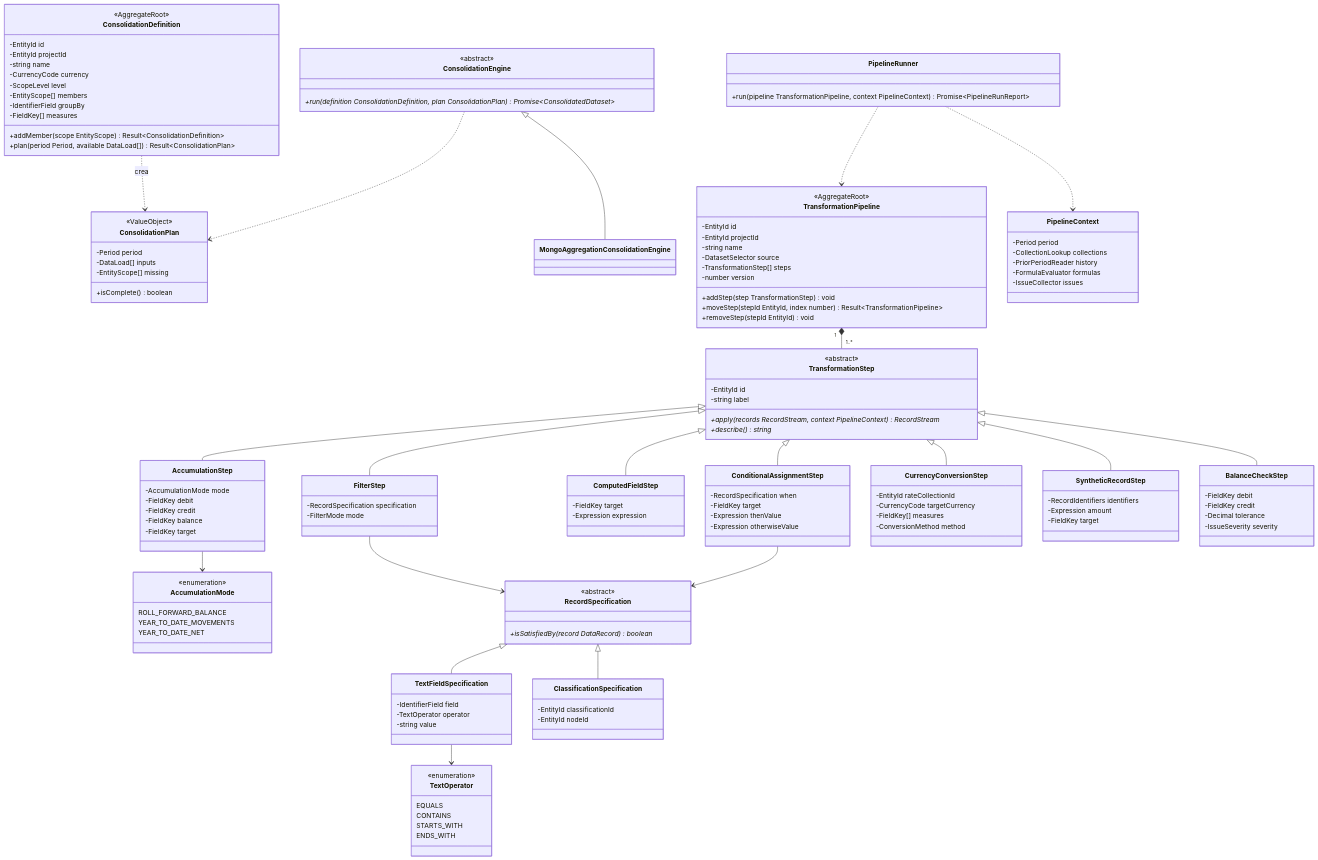
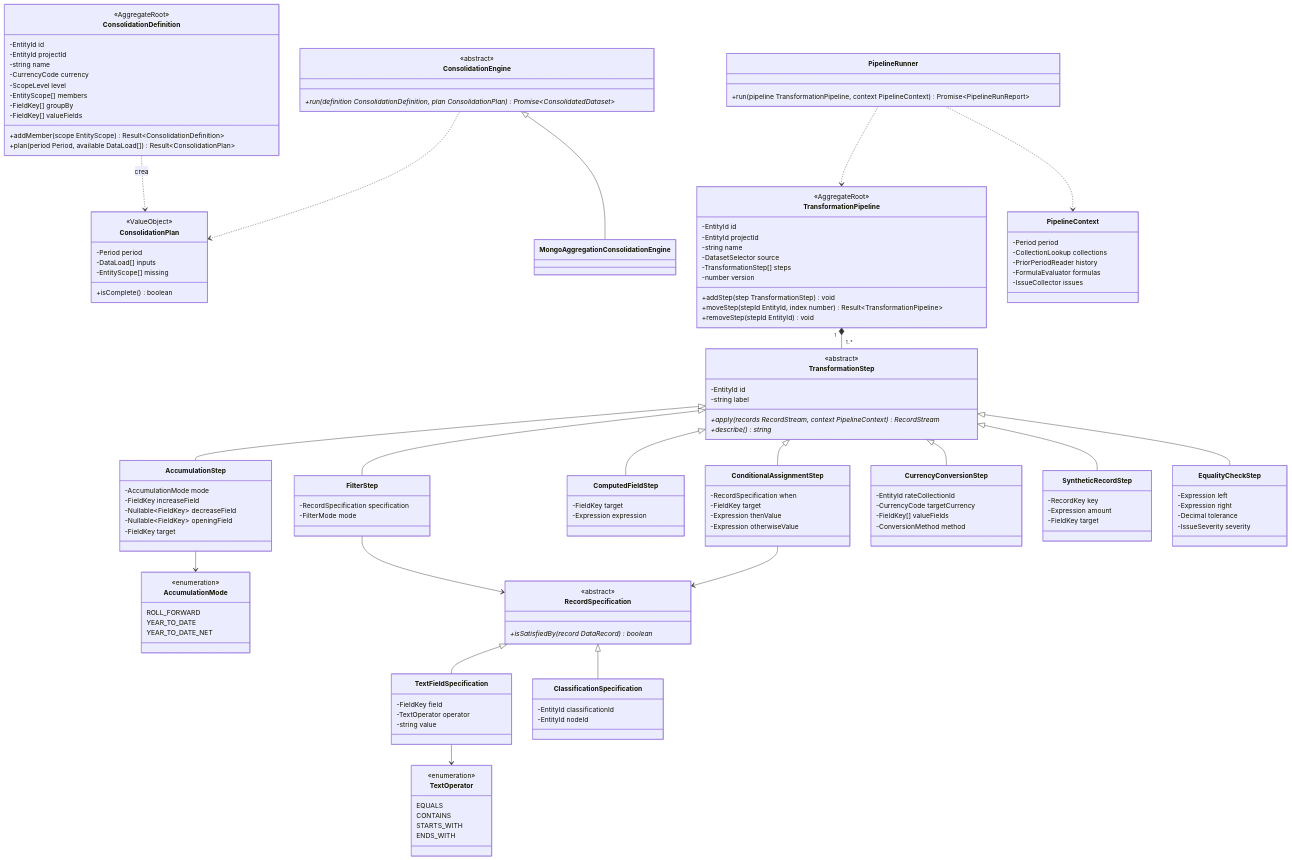
Before and after one commit to Axel-Esquivel/Asisteglt_v2: the ninth of 13 diagrams in docs/04-modelo-de-dominio.md, drawn with Mermaid. The commit also changed other lines of this file and 6 other files, not shown here.

First line of the commit message:
docs: make field catalog generic (id, id_name, value, attribute, date)

```diff
--- a/docs/04-modelo-de-dominio.md
+++ b/docs/04-modelo-de-dominio.md
@@ -1262,8 +1254,8 @@
         -CurrencyCode currency
         -ScopeLevel level
         -EntityScope[] members
-        -IdentifierField groupBy
-        -FieldKey[] measures
+        -FieldKey[] groupBy
+        -FieldKey[] valueFields
         +addMember(scope EntityScope) Result~ConsolidationDefinition~
         +plan(period Period, available DataLoad[]) Result~ConsolidationPlan~
     }
@@ -1324,32 +1316,32 @@
     }
     class AccumulationStep {
         -AccumulationMode mode
-        -FieldKey debit
-        -FieldKey credit
-        -FieldKey balance
+        -FieldKey increaseField
+        -Nullable~FieldKey~ decreaseField
+        -Nullable~FieldKey~ openingField
         -FieldKey target
     }
     class CurrencyConversionStep {
         -EntityId rateCollectionId
         -CurrencyCode targetCurrency
-        -FieldKey[] measures
+        -FieldKey[] valueFields
         -ConversionMethod method
     }
     class SyntheticRecordStep {
-        -RecordIdentifiers identifiers
+        -RecordKey key
         -Expression amount
         -FieldKey target
     }
-    class BalanceCheckStep {
-        -FieldKey debit
-        -FieldKey credit
+    class EqualityCheckStep {
+        -Expression left
+        -Expression right
         -Decimal tolerance
         -IssueSeverity severity
     }
     class AccumulationMode {
         <<enumeration>>
-        ROLL_FORWARD_BALANCE
-        YEAR_TO_DATE_MOVEMENTS
+        ROLL_FORWARD
+        YEAR_TO_DATE
         YEAR_TO_DATE_NET
     }
     class RecordSpecification {
@@ -1357,7 +1349,7 @@
         +isSatisfiedBy(record DataRecord)* boolean
     }
     class TextFieldSpecification {
-        -IdentifierField field
+        -FieldKey field
         -TextOperator operator
         -string value
     }
@@ -1385,7 +1377,7 @@
     TransformationStep <|-- AccumulationStep
     TransformationStep <|-- CurrencyConversionStep
     TransformationStep <|-- SyntheticRecordStep
-    TransformationStep <|-- BalanceCheckStep
+    TransformationStep <|-- EqualityCheckStep
     AccumulationStep --> AccumulationMode
     FilterStep --> RecordSpecification
     ConditionalAssignmentStep --> RecordSpecification
```
